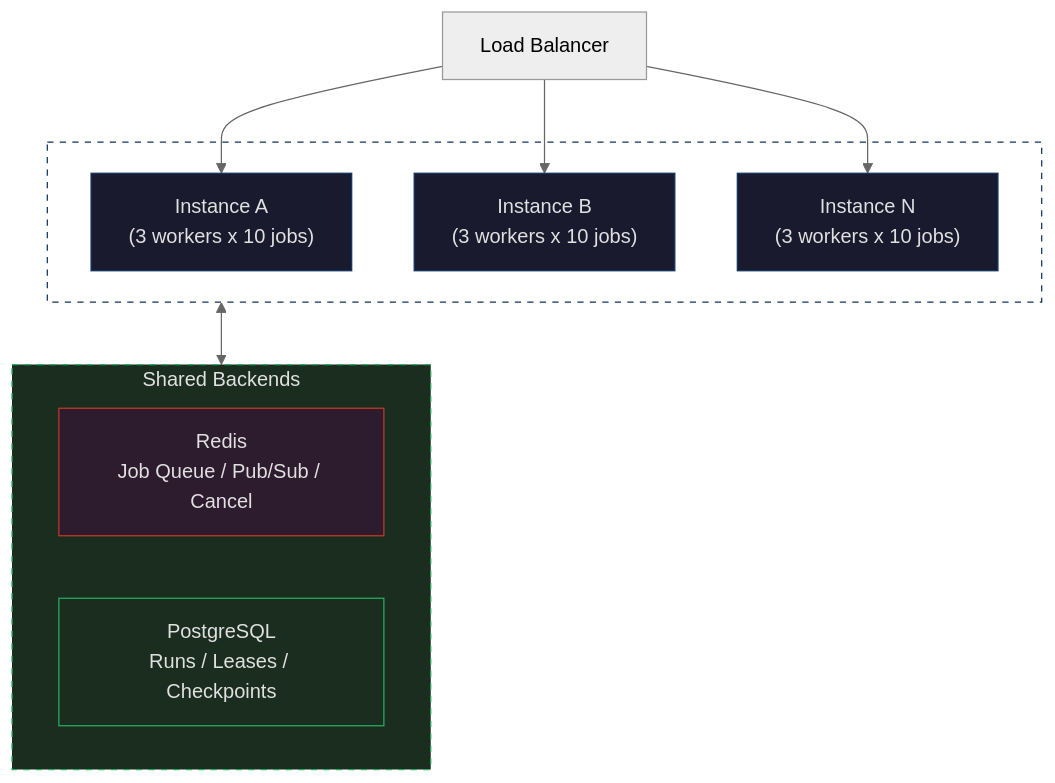
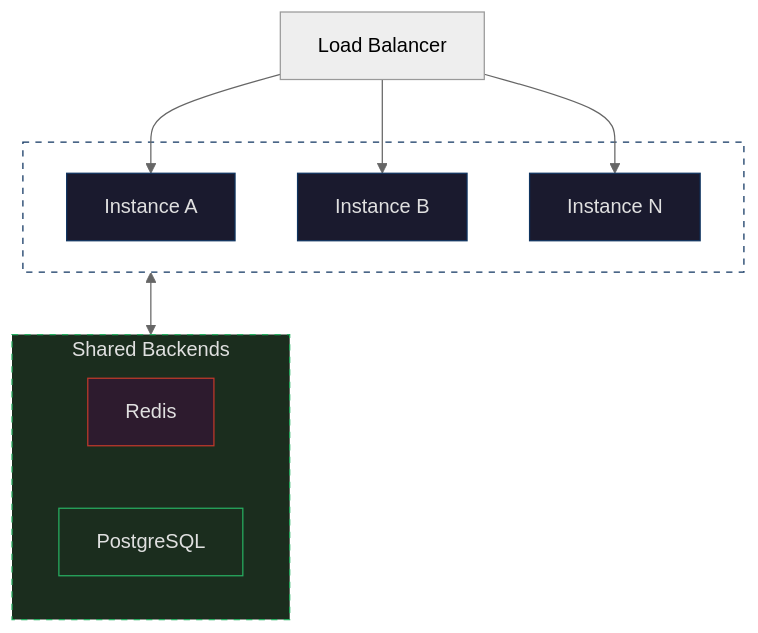
One commit to ibbybuilds/aegra changed the second of 6 diagrams in docs/guides/worker-architecture.mdx. Above: the diagram before and after it, drawn with Mermaid (neutral theme). The commit also changed other lines of this file, not shown here.

First line of the commit message:
docs: fix Mintlify mermaid rendering issues

````diff
--- a/docs/guides/worker-architecture.mdx
+++ b/docs/guides/worker-architecture.mdx
@@ -61,29 +61,29 @@
 ```mermaid
 flowchart TD
     LB["Load Balancer"]
 
     subgraph Instances[" "]
-        A["Instance A\n(3 workers x 10 jobs)"]
-        B["Instance B\n(3 workers x 10 jobs)"]
-        C["Instance N\n(3 workers x 10 jobs)"]
+        A["Instance A"]
+        B["Instance B"]
+        C["Instance N"]
     end
 
     subgraph Backends["Shared Backends"]
-        Redis["Redis\nJob Queue / Pub/Sub / Cancel"]
-        PG["PostgreSQL\nRuns / Leases / Checkpoints"]
+        Redis["Redis"]
+        PG["PostgreSQL"]
     end
 
     LB --> A
     LB --> B
     LB --> C
 
     Instances <--> Backends
 
     style A fill:#1a1a2e,stroke:#0f3460,color:#e0e0e0
     style B fill:#1a1a2e,stroke:#0f3460,color:#e0e0e0
     style C fill:#1a1a2e,stroke:#0f3460,color:#e0e0e0
     style Instances fill:transparent,stroke:#0f3460,stroke-dasharray:5 5,color:#e0e0e0
     style Redis fill:#2d1b2e,stroke:#c0392b,color:#e0e0e0
     style PG fill:#1b2d1e,stroke:#27ae60,color:#e0e0e0
     style Backends fill:#1b2d1e,stroke:#27ae60,stroke-dasharray:5 5,color:#e0e0e0
 ```
````
